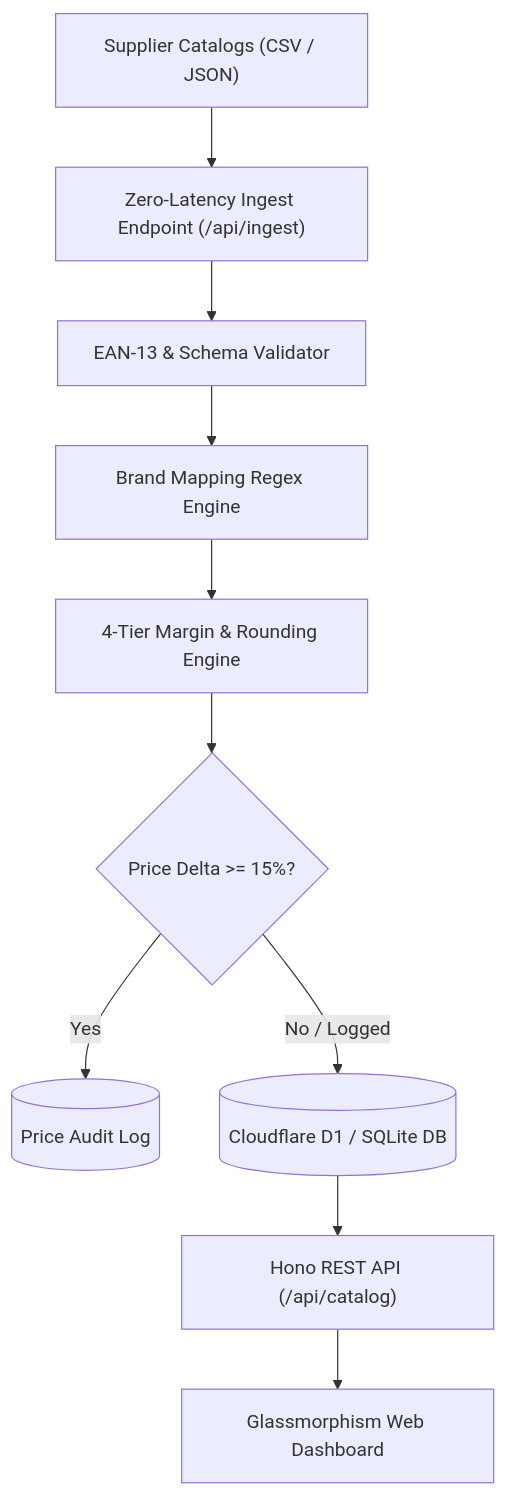
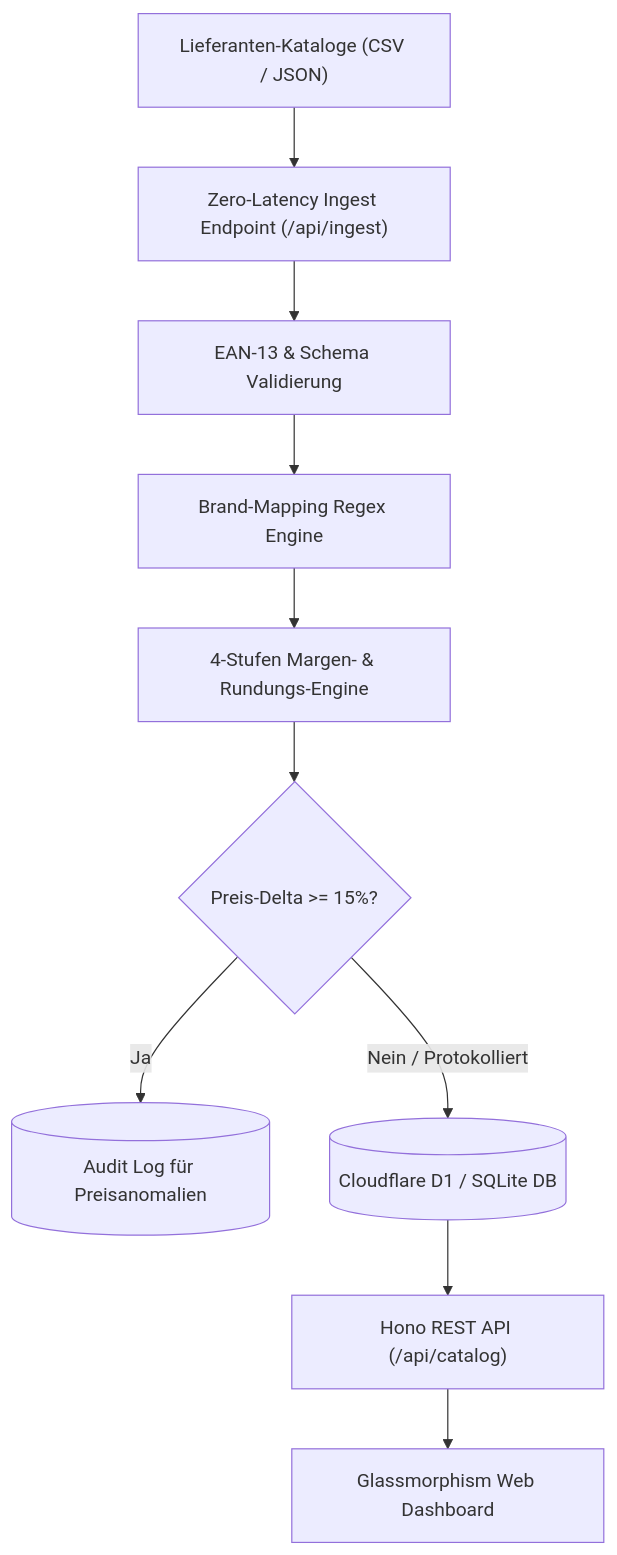
The diagram in README.md (Tom7668h/edge-commerce-sync), drawn with Mermaid before and after one commit. The commit also changed other lines of this file, not shown here.

````diff
--- a/README.md
+++ b/README.md
@@ -32,12 +38,12 @@
 ```mermaid
 flowchart TD
-    Supplier["Supplier Catalogs (CSV / JSON)"] --> Ingestion["Zero-Latency Ingest Endpoint (/api/ingest)"]
-    Ingestion --> Validator["EAN-13 & Schema Validator"]
-    Validator --> BrandEngine["Brand Mapping Regex Engine"]
-    BrandEngine --> PriceEngine["4-Tier Margin & Rounding Engine"]
-    PriceEngine --> AnomalyCheck{"Price Delta >= 15%?"}
-    AnomalyCheck -->|Yes| AuditLog[("Price Audit Log")]
-    AnomalyCheck -->|No / Logged| D1Database[("Cloudflare D1 / SQLite DB")]
+    Supplier["Lieferanten-Kataloge (CSV / JSON)"] --> Ingestion["Zero-Latency Ingest Endpoint (/api/ingest)"]
+    Ingestion --> Validator["EAN-13 & Schema Validierung"]
+    Validator --> BrandEngine["Brand-Mapping Regex Engine"]
+    BrandEngine --> PriceEngine["4-Stufen Margen- & Rundungs-Engine"]
+    PriceEngine --> AnomalyCheck{"Preis-Delta >= 15%?"}
+    AnomalyCheck -->|Ja| AuditLog[("Audit Log für Preisanomalien")]
+    AnomalyCheck -->|Nein / Protokolliert| D1Database[("Cloudflare D1 / SQLite DB")]
     D1Database --> EdgeAPI["Hono REST API (/api/catalog)"]
     EdgeAPI --> Dashboard["Glassmorphism Web Dashboard"]
 ```
````
